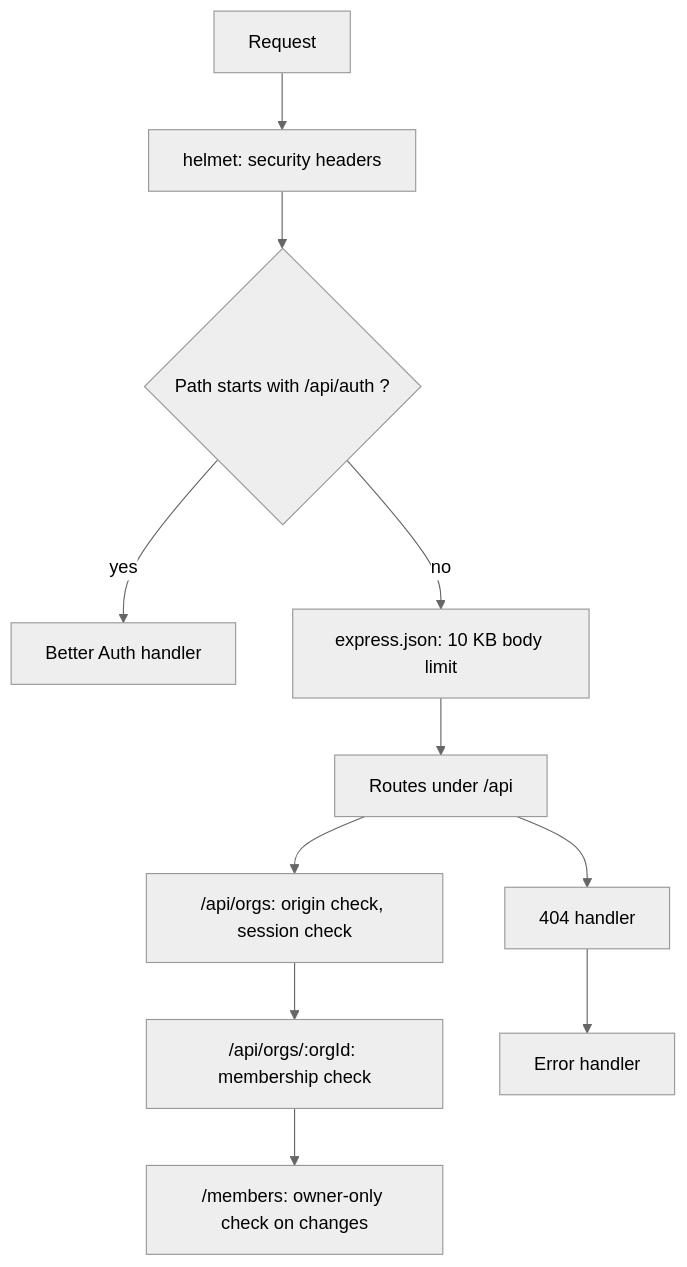
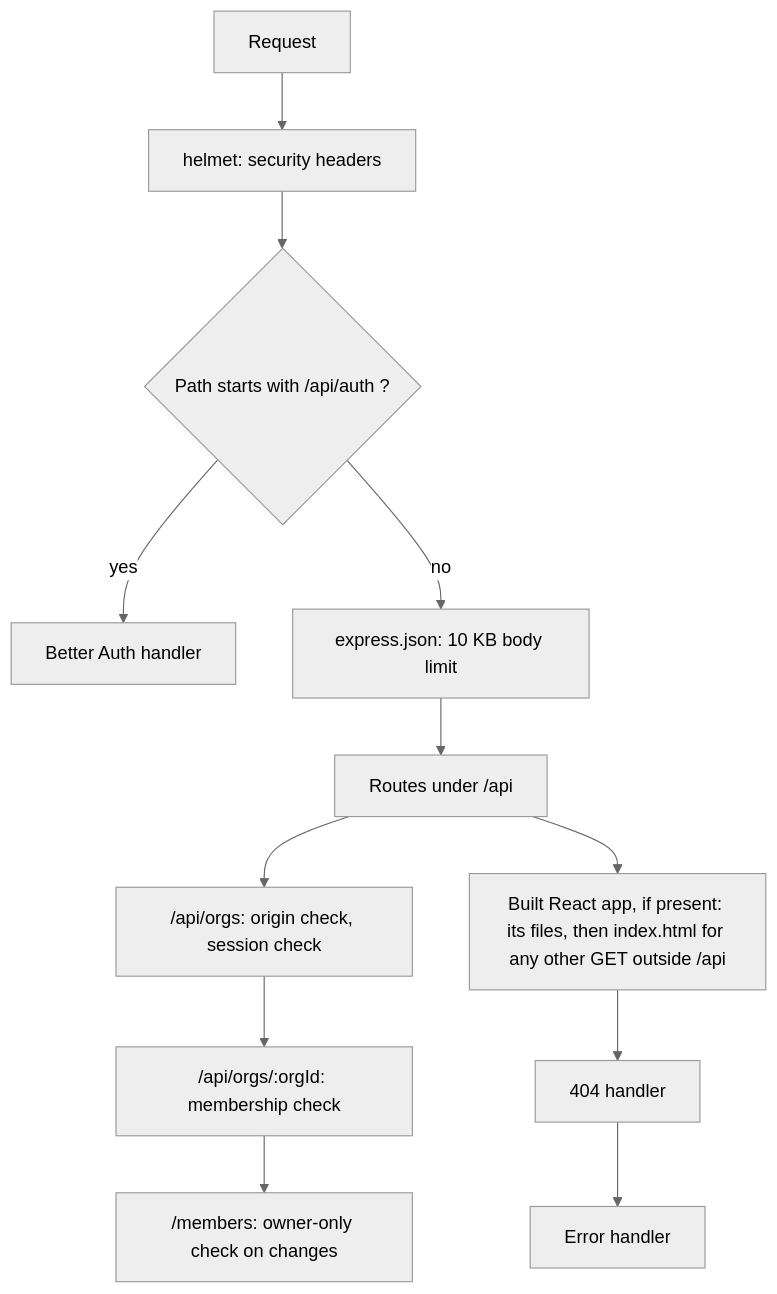
Before and after one commit to pr17-lab/SlotDesk: the diagram in DESIGN.md, drawn with Mermaid (neutral theme). The commit also changed other lines of this file and 6 other files, not shown here.

Commit message:
Serve the built React app from Express

````diff
--- a/DESIGN.md
+++ b/DESIGN.md
@@ -22,13 +22,14 @@
 ```mermaid
 flowchart TD
   A["Request"] --> B["helmet: security headers"]
   B --> C{"Path starts with /api/auth ?"}
   C -- yes --> D["Better Auth handler"]
   C -- no --> E["express.json: 10 KB body limit"]
   E --> F["Routes under /api"]
   F --> G["/api/orgs: origin check, session check"]
   G --> H["/api/orgs/:orgId: membership check"]
   H --> I["/members: owner-only check on changes"]
-  F --> J["404 handler"]
+  F --> L["Built React app, if present: its files, then index.html for any other GET outside /api"]
+  L --> J["404 handler"]
   J --> K["Error handler"]
 ```
````
